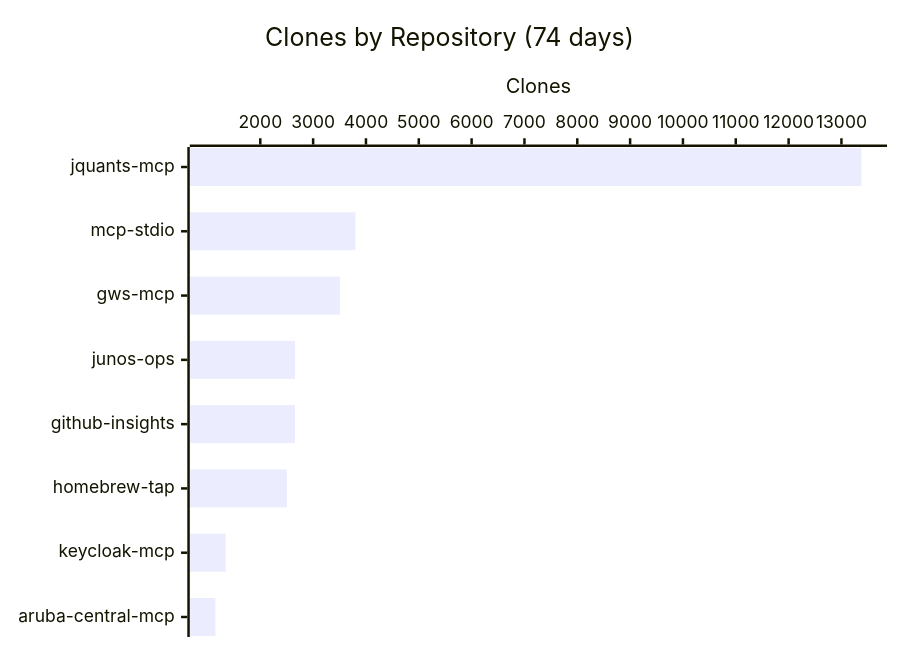
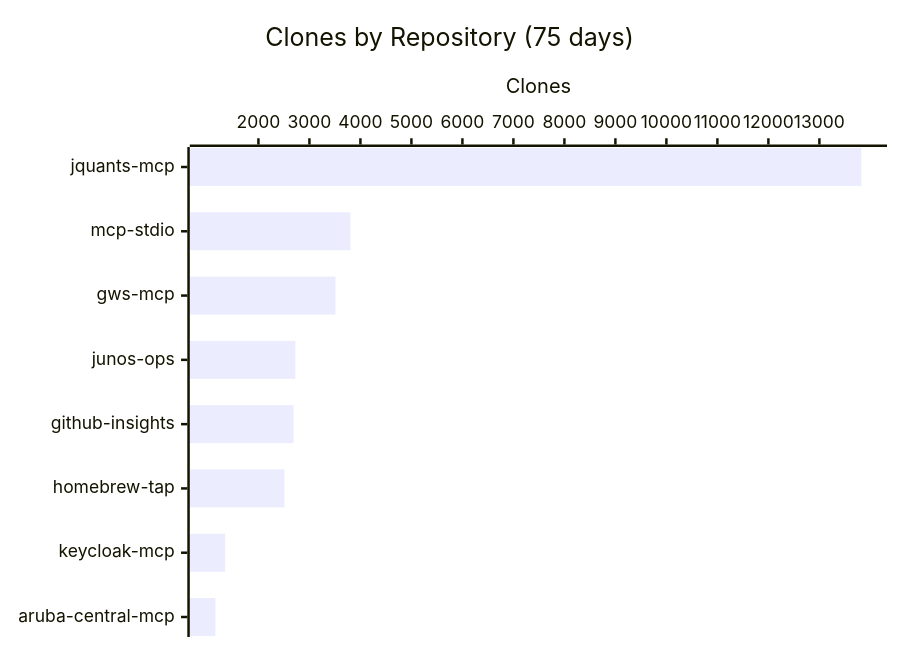
Before and after one commit to shigechika/github-insights: the third of 3 diagrams in README.md, drawn with Mermaid. The commit also changed other lines of this file and 2 other files, not shown here.

````diff
--- a/README.md
+++ b/README.md
@@ -38,7 +38,7 @@
 ```mermaid
 xychart-beta horizontal
-    title "Clones by Repository (74 days)"
+    title "Clones by Repository (75 days)"
     x-axis ["jquants-mcp", "mcp-stdio", "gws-mcp", "junos-ops", "github-insights", "homebrew-tap", "keycloak-mcp", "aruba-central-mcp"]
     y-axis "Clones"
-    bar [13377, 3800, 3507, 2658, 2657, 2503, 1344, 1151]
+    bar [13823, 3805, 3510, 2724, 2689, 2511, 1350, 1157]
 ```
````
